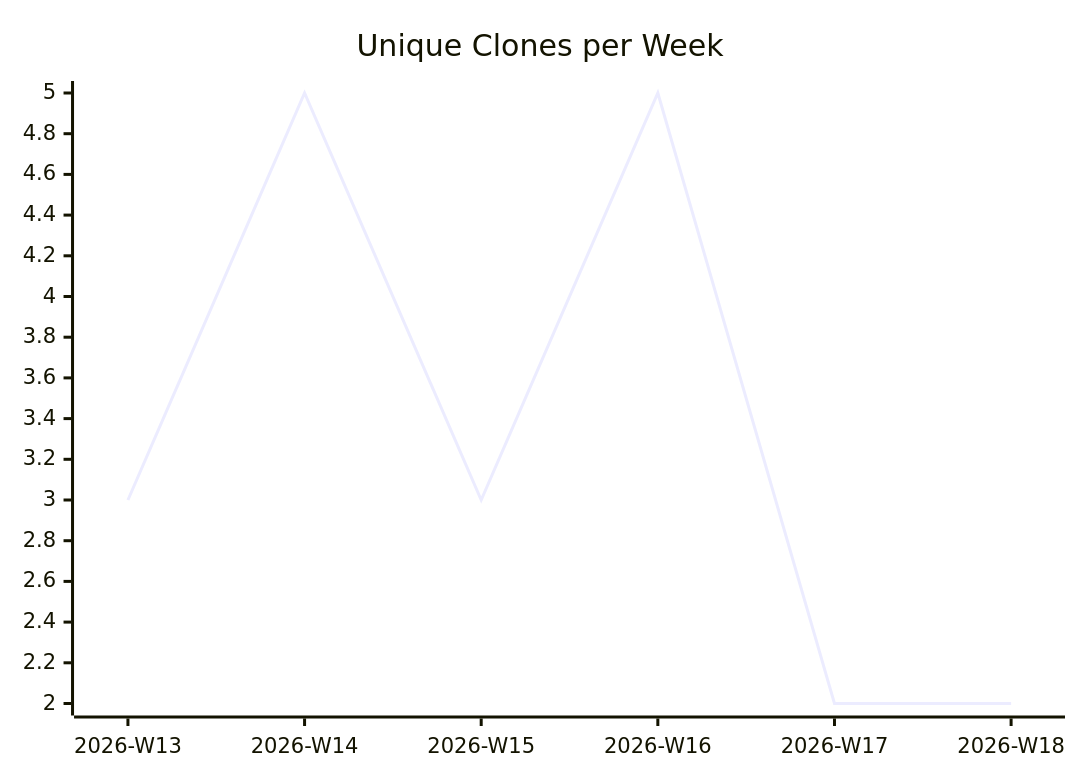
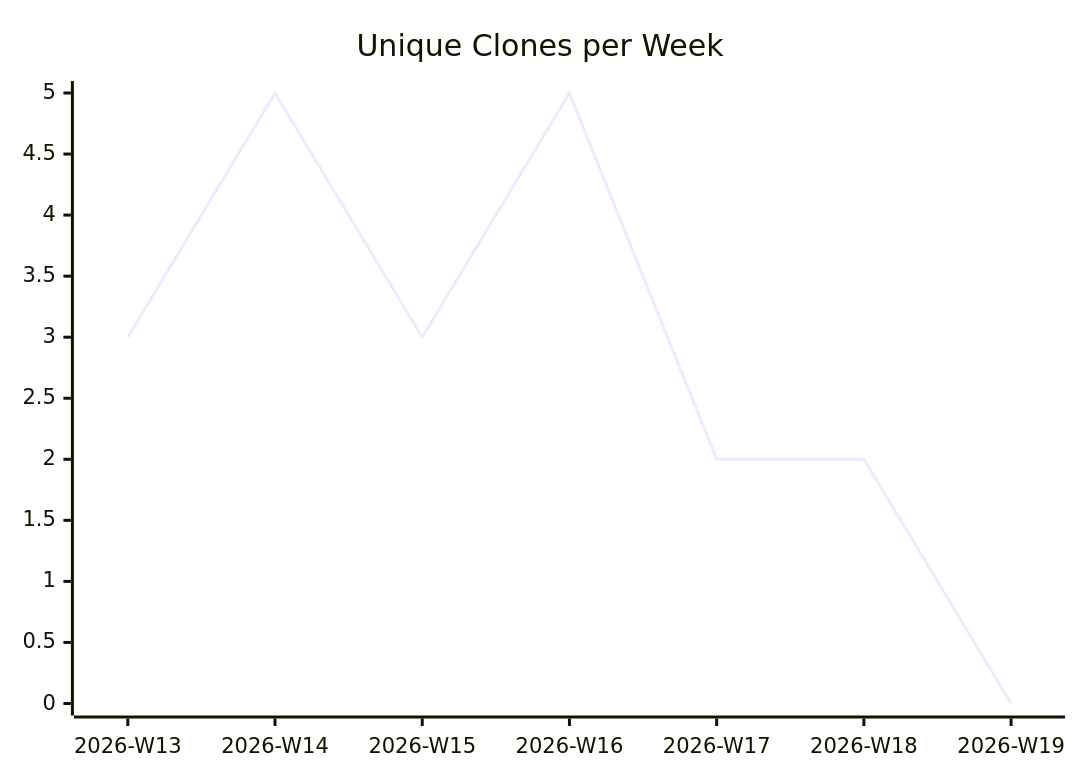
One commit to justdavis-family/github-analytics-data changed the third of 3 diagrams in karlmdavis/ansible-role-bind-dns/README.md. Above: the diagram before and after it, drawn with Mermaid. The commit also changed other lines of this file and 187 other files, not shown here.

````diff
--- a/karlmdavis/ansible-role-bind-dns/README.md
+++ b/karlmdavis/ansible-role-bind-dns/README.md
@@ -19,6 +19,6 @@
 ```mermaid
 xychart-beta
   title "Unique Clones per Week"
-  x-axis ["2026-W13", "2026-W14", "2026-W15", "2026-W16", "2026-W17", "2026-W18"]
-  line [3, 5, 3, 5, 2, 2]
+  x-axis ["2026-W13", "2026-W14", "2026-W15", "2026-W16", "2026-W17", "2026-W18", "2026-W19"]
+  line [3, 5, 3, 5, 2, 2, 0]
 ```
````
